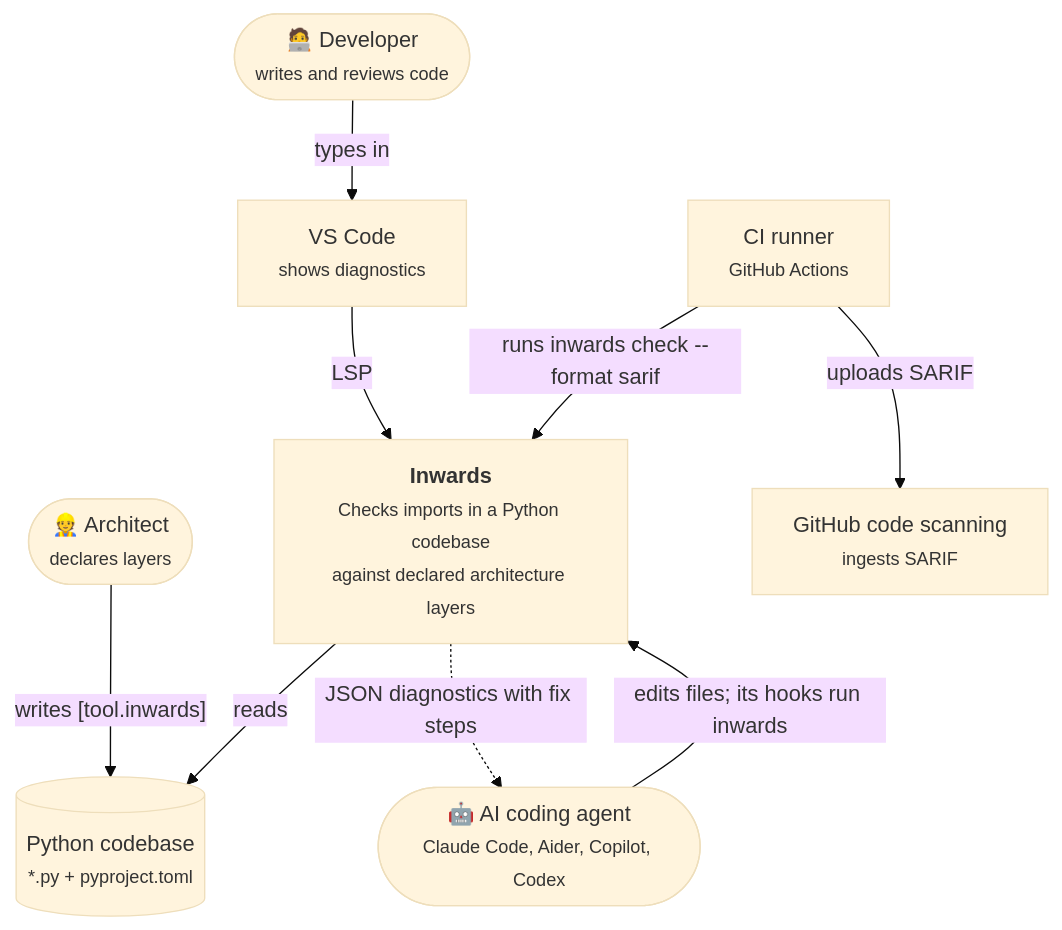
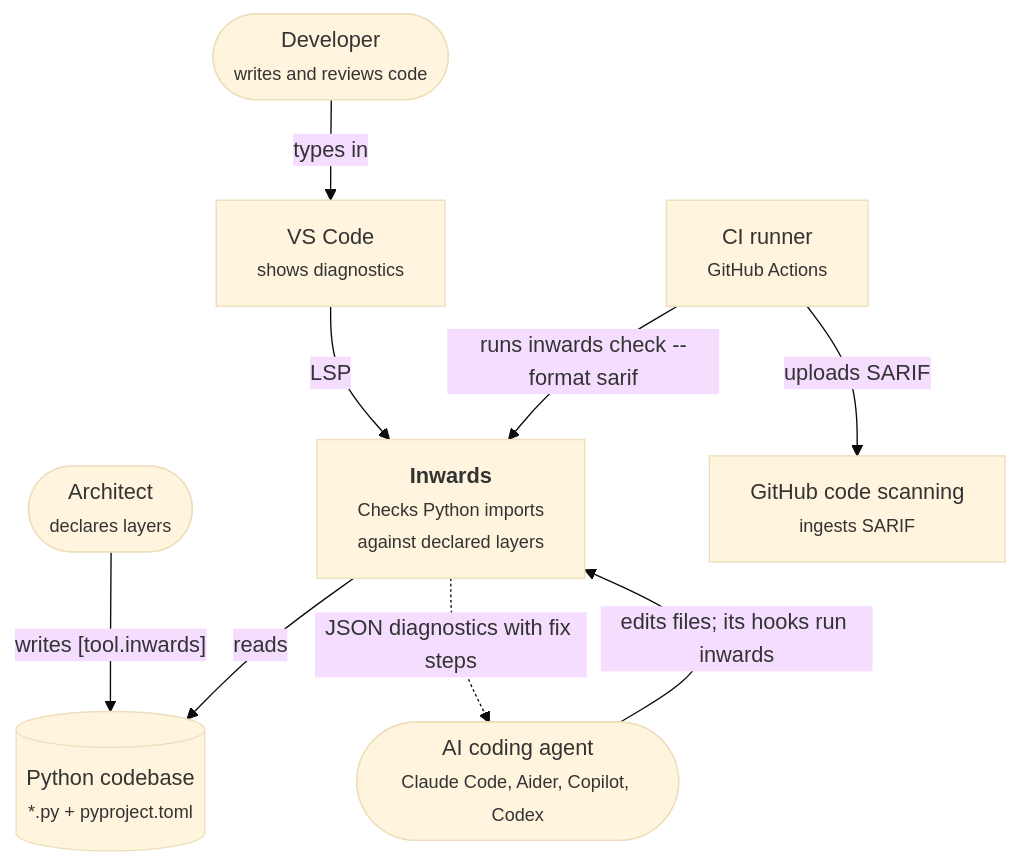
The first of 6 diagrams in docs/chapters/03-Architecture-C4.md (SirCypkowskyy/inwards), drawn with Mermaid (base theme) before and after one commit. The commit also changed other lines of this file and 34 other files, not shown here.

````diff
--- a/docs/chapters/03-Architecture-C4.md
+++ b/docs/chapters/03-Architecture-C4.md
@@ -12,23 +12,23 @@
 ```mermaid
 flowchart TB
-    architect(["👷 Architect<br/><small>declares layers</small>"])
-    dev(["🧑‍💻 Developer<br/><small>writes and reviews code</small>"])
-    agent(["🤖 AI coding agent<br/><small>Claude Code, Aider, Copilot, Codex</small>"])
+    architect(["Architect<br/><small>declares layers</small>"])
+    dev(["Developer<br/><small>writes and reviews code</small>"])
+    agent(["AI coding agent<br/><small>Claude Code, Aider, Copilot, Codex</small>"])
 
-    inwards["<b>Inwards</b><br/><small>Checks imports in a Python codebase<br/>against declared architecture layers</small>"]
+    inwards["<b>Inwards</b><br/><small>Checks Python imports<br/>against declared layers</small>"]
 
     repo[("Python codebase<br/><small>*.py + pyproject.toml</small>")]
     editor["VS Code<br/><small>shows diagnostics</small>"]
     ci["CI runner<br/><small>GitHub Actions</small>"]
     scanning["GitHub code scanning<br/><small>ingests SARIF</small>"]
 
     architect -- "writes [tool.inwards]" --> repo
     agent -- "edits files; its hooks run inwards" --> inwards
     dev -- "types in" --> editor
     editor -- "LSP" --> inwards
     ci -- "runs inwards check --format sarif" --> inwards
     inwards -- "reads" --> repo
     ci -- "uploads SARIF" --> scanning
     inwards -. "JSON diagnostics with fix steps" .-> agent
 
 ```
````
